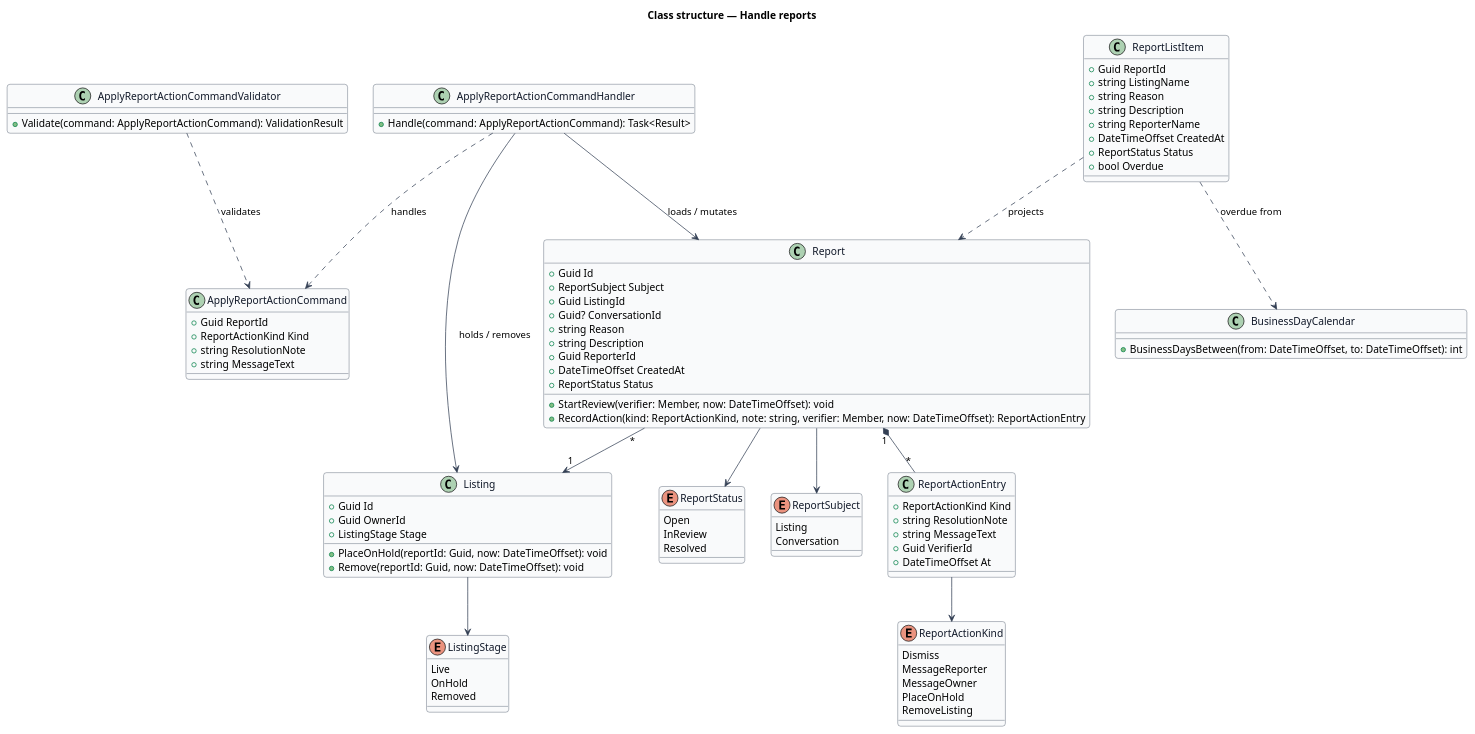
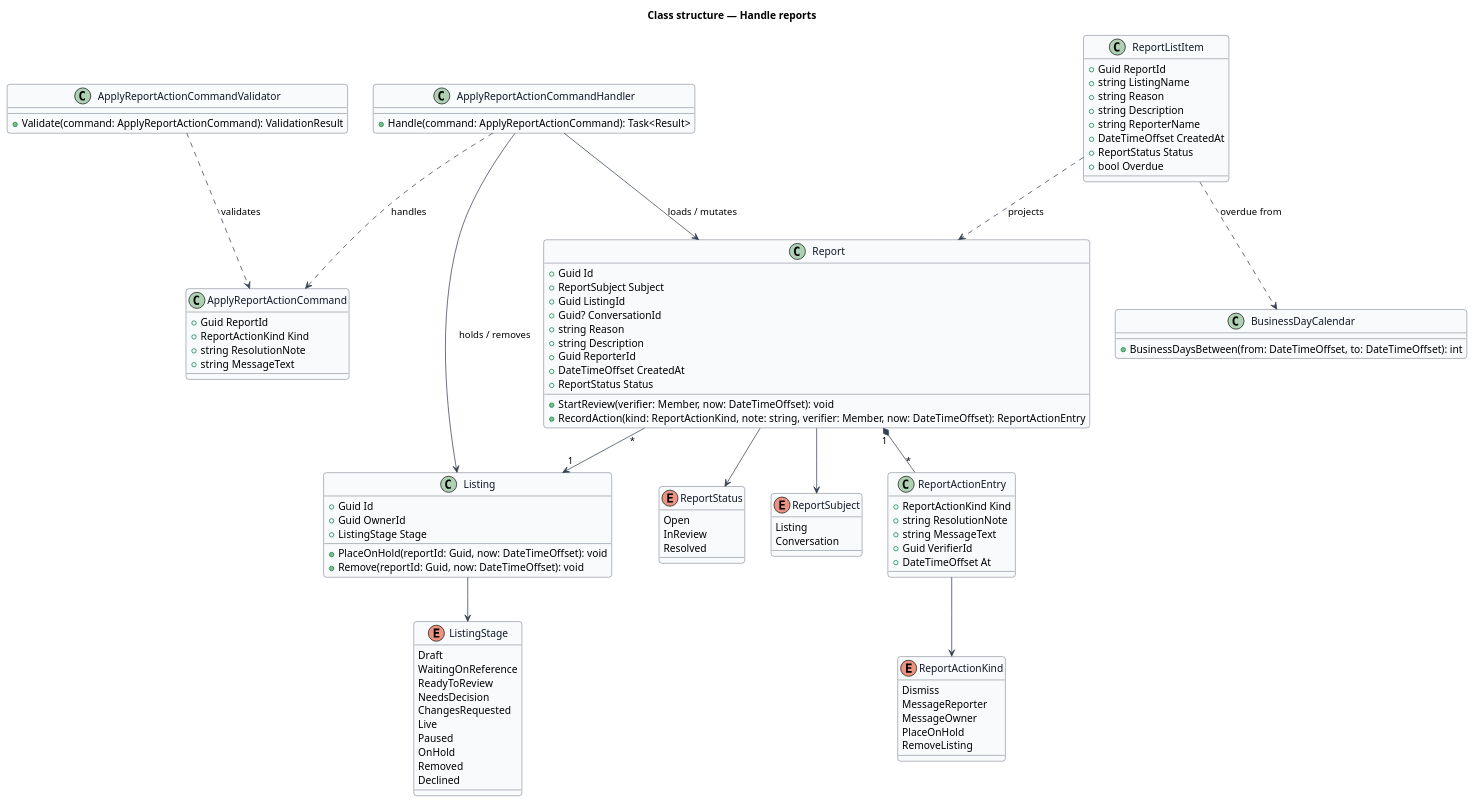
Before and after one commit to QuinntyneBrown/jubilee: the diagram in docs/detailed-designs/verification/handle-reports/diagrams/class-structure.puml, drawn with PlantUML. The commit also changed 56 other files, not shown here.

```diff
--- a/docs/detailed-designs/verification/handle-reports/diagrams/class-structure.puml
+++ b/docs/detailed-designs/verification/handle-reports/diagrams/class-structure.puml
@@ -1,99 +1,106 @@
 @startuml
 skinparam backgroundColor #FFFFFF
 skinparam shadowing false
 skinparam roundcorner 8
 skinparam defaultFontName Arial
 skinparam ArrowColor #344054
 skinparam class {
   BorderColor #344054
   FontColor #101828
   BackgroundColor #F9FAFB
 }
 title Class structure — Handle reports
 enum ReportStatus {
   Open
   InReview
   Resolved
 }
 enum ReportSubject {
   Listing
   Conversation
 }
 enum ReportActionKind {
   Dismiss
   MessageReporter
   MessageOwner
   PlaceOnHold
   RemoveListing
 }
 enum ListingStage {
+  Draft
+  WaitingOnReference
+  ReadyToReview
+  NeedsDecision
+  ChangesRequested
   Live
+  Paused
   OnHold
   Removed
+  Declined
 }
 class Report {
   +Guid Id
   +ReportSubject Subject
   +Guid ListingId
   +Guid? ConversationId
   +string Reason
   +string Description
   +Guid ReporterId
   +DateTimeOffset CreatedAt
   +ReportStatus Status
   +StartReview(verifier: Member, now: DateTimeOffset): void
   +RecordAction(kind: ReportActionKind, note: string, verifier: Member, now: DateTimeOffset): ReportActionEntry
 }
 class ReportActionEntry {
   +ReportActionKind Kind
   +string ResolutionNote
   +string MessageText
   +Guid VerifierId
   +DateTimeOffset At
 }
 class Listing {
   +Guid Id
   +Guid OwnerId
   +ListingStage Stage
   +PlaceOnHold(reportId: Guid, now: DateTimeOffset): void
   +Remove(reportId: Guid, now: DateTimeOffset): void
 }
 class ApplyReportActionCommand {
   +Guid ReportId
   +ReportActionKind Kind
   +string ResolutionNote
   +string MessageText
 }
 class ApplyReportActionCommandValidator {
   +Validate(command: ApplyReportActionCommand): ValidationResult
 }
 class ApplyReportActionCommandHandler {
   +Handle(command: ApplyReportActionCommand): Task<Result>
 }
 class ReportListItem {
   +Guid ReportId
   +string ListingName
   +string Reason
   +string Description
   +string ReporterName
   +DateTimeOffset CreatedAt
   +ReportStatus Status
   +bool Overdue
 }
 class BusinessDayCalendar {
   +BusinessDaysBetween(from: DateTimeOffset, to: DateTimeOffset): int
 }
 
 ApplyReportActionCommandHandler ..> ApplyReportActionCommand : handles
 ApplyReportActionCommandValidator ..> ApplyReportActionCommand : validates
 ApplyReportActionCommandHandler --> Report : loads / mutates
 ApplyReportActionCommandHandler --> Listing : holds / removes
 Report "1" *-- "*" ReportActionEntry
 Report "*" --> "1" Listing
 Report --> ReportStatus
 Report --> ReportSubject
 ReportActionEntry --> ReportActionKind
 Listing --> ListingStage
 ReportListItem ..> Report : projects
 ReportListItem ..> BusinessDayCalendar : overdue from
 @enduml
```
